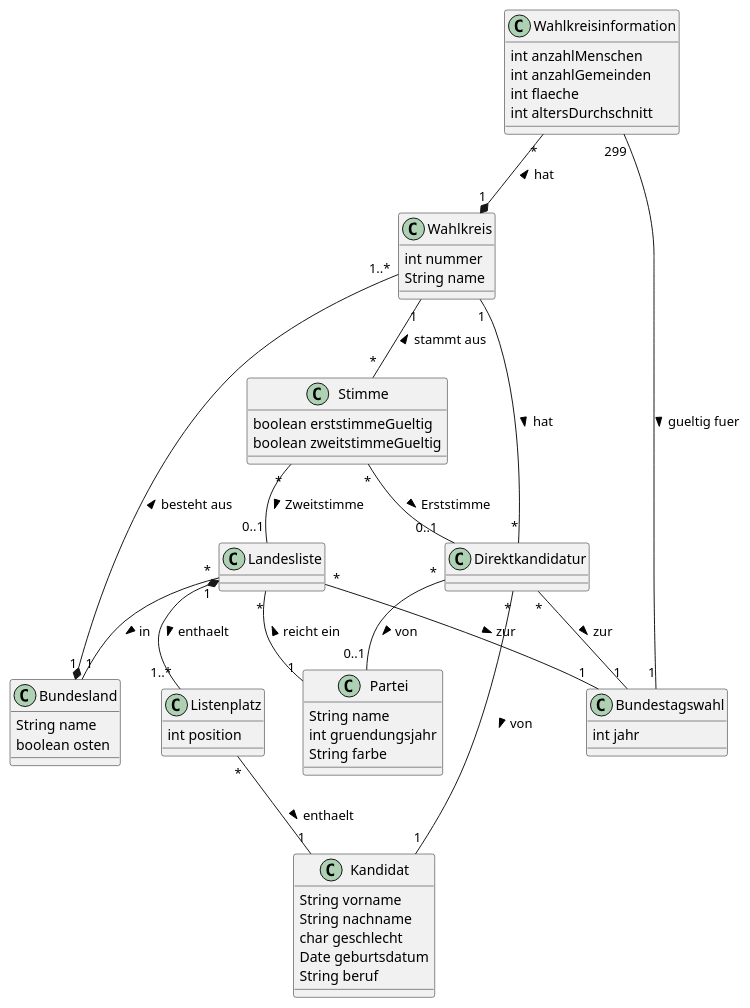
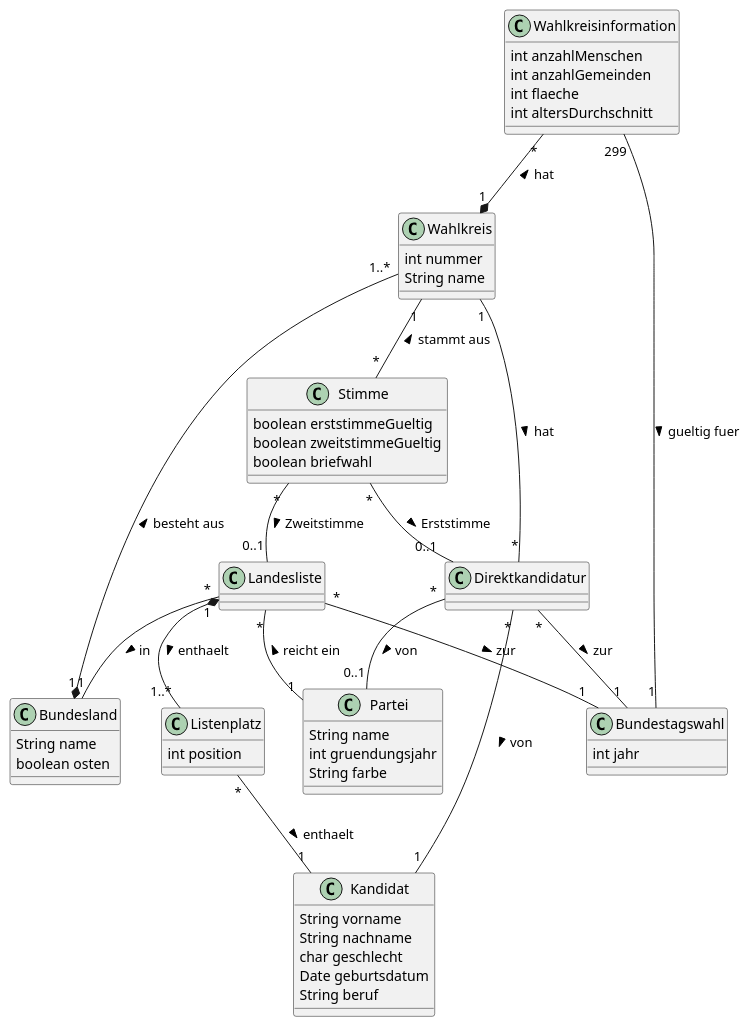
Before and after one commit to Toemmsche/database-systems-project-mirror: the diagram in Blatt1/Aufgabe3.puml, drawn with PlantUML. The commit also changed 1 other file, not shown here.

```diff
--- a/Blatt1/Aufgabe3.puml
+++ b/Blatt1/Aufgabe3.puml
@@ -1,72 +1,73 @@
 @startuml
 class Kandidat {
     String vorname
     String nachname
     char geschlecht
     Date geburtsdatum
     String beruf
 }
 
 class Bundesland {
     String name
     boolean osten
 }
 
 class Partei {
     String name
     int gruendungsjahr
     String farbe
 }
 
 class Bundestagswahl{
    int jahr
 }
 
 class Wahlkreisinformation {
     int anzahlMenschen
     int anzahlGemeinden
     int flaeche
     int altersDurchschnitt
 }
 
 class Landesliste {
 }
 
 class Listenplatz {
     int position
 }
 
 class Wahlkreis {
     int nummer
     String name
 }
 
 class Stimme {
     boolean erststimmeGueltig
     boolean zweitstimmeGueltig
+    boolean briefwahl
 }
 
 class Direktkandidatur {
 }
 
 Landesliste "*" -- "1" Bundesland : in >
 Landesliste "*" -- "1" Partei : < reicht ein
 Landesliste "*" -- "1" Bundestagswahl: zur >
 
 Landesliste "1" *-- "1..*" Listenplatz : enthaelt >
 Listenplatz "*" -- "1" Kandidat : enthaelt >
 
 Wahlkreis "1..*" --* "1" Bundesland : besteht aus <
 
 Wahlkreisinformation "*" --* "1" Wahlkreis : < hat
 Wahlkreisinformation "299" -- "1" Bundestagswahl: gueltig fuer >
 
 Direktkandidatur "*" -- "1" Kandidat : von >
 Direktkandidatur "*" -- "1" Wahlkreis : < hat
 Direktkandidatur "*" -- "0..1" Partei : von >
 Direktkandidatur "*" -- "1" Bundestagswahl: zur >
 
 Stimme "*" -- "0..1" Direktkandidatur : Erststimme >
 Stimme "*" -- "0..1" Landesliste : Zweitstimme >
 Stimme "*" -up- "1" Wahlkreis : stammt aus >
 @enduml
```
